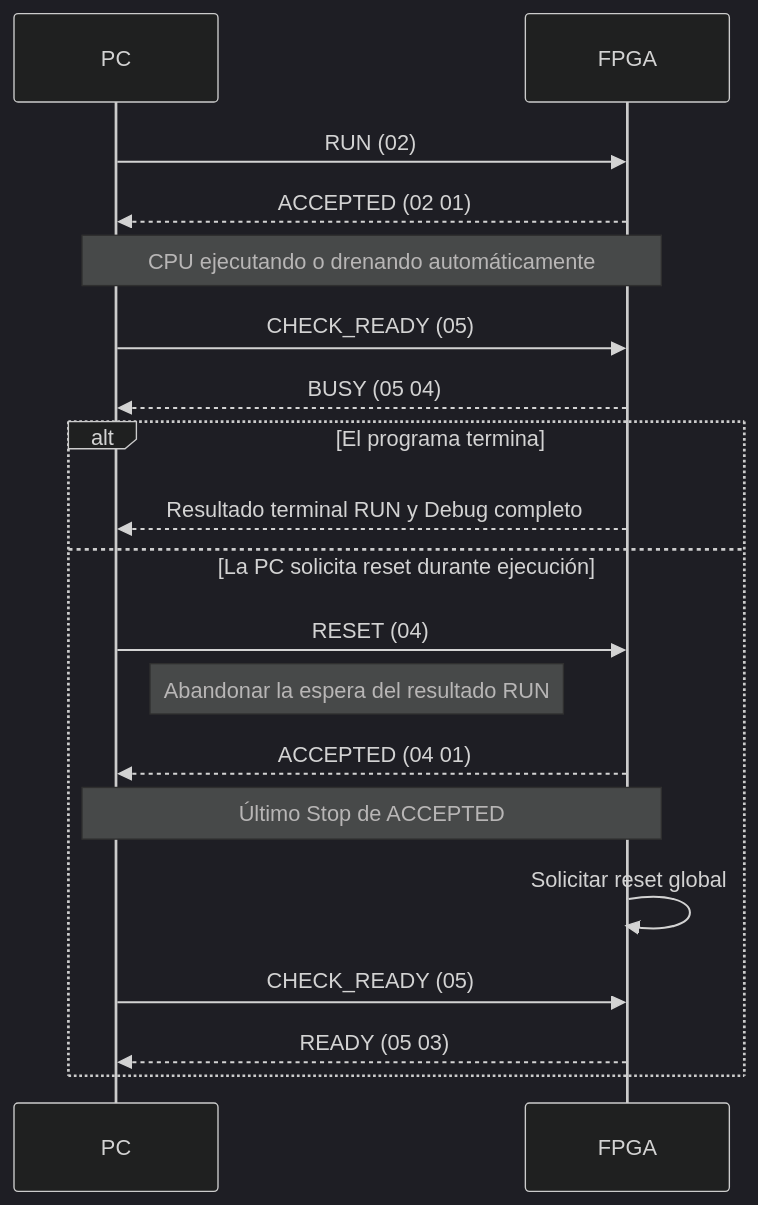
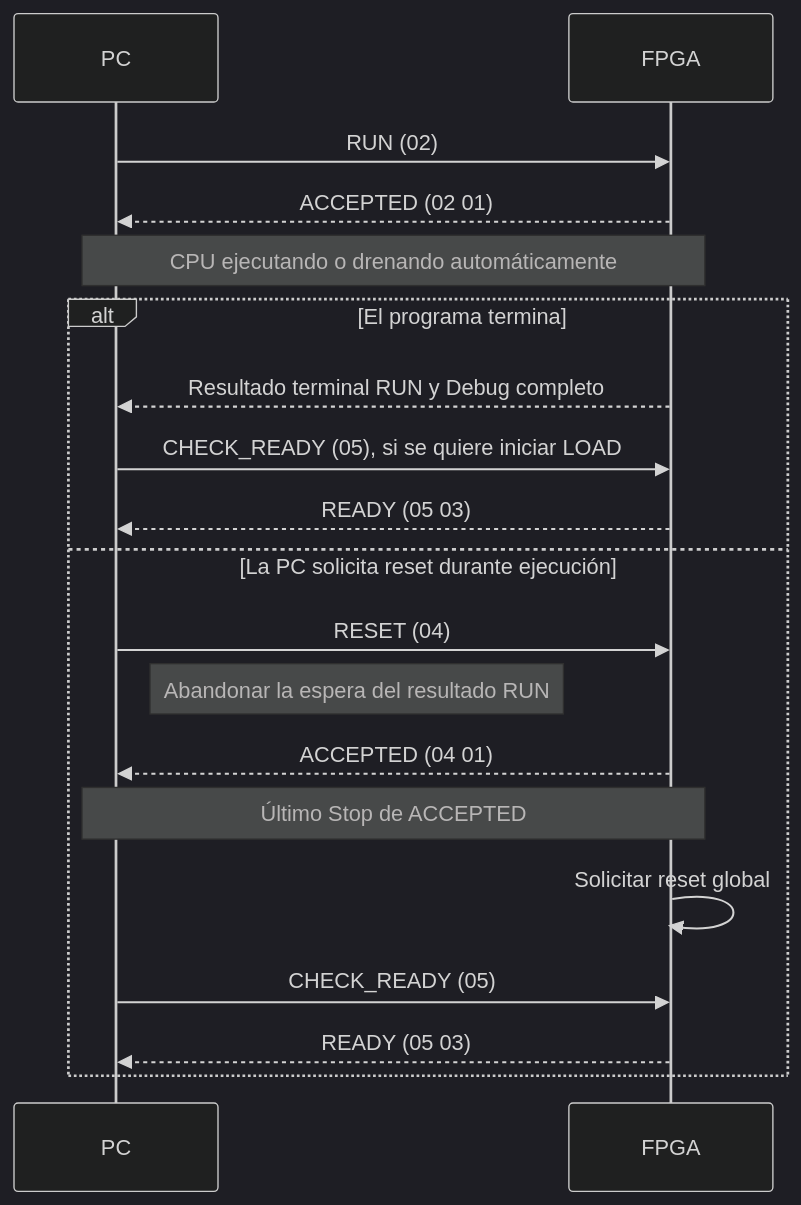
Before and after one commit to FrancoPerotti/computer-architecture-tps: diagram 13 of 20 in tp3/docs/protocol.md, drawn with Mermaid (dark theme). The commit also changed other lines of this file and 49 other files, not shown here.

````diff
--- a/tp3/docs/protocol.md
+++ b/tp3/docs/protocol.md
@@ -765,21 +764,21 @@
 ```mermaid
 sequenceDiagram
     participant PC as PC
     participant FPGA as FPGA
     PC->>FPGA: RUN (02)
     FPGA-->>PC: ACCEPTED (02 01)
     Note over PC,FPGA: CPU ejecutando o drenando automáticamente
-    PC->>FPGA: CHECK_READY (05)
-    FPGA-->>PC: BUSY (05 04)
     alt El programa termina
         FPGA-->>PC: Resultado terminal RUN y Debug completo
+        PC->>FPGA: CHECK_READY (05), si se quiere iniciar LOAD
+        FPGA-->>PC: READY (05 03)
     else La PC solicita reset durante ejecución
         PC->>FPGA: RESET (04)
         Note right of PC: Abandonar la espera del resultado RUN
         FPGA-->>PC: ACCEPTED (04 01)
         Note over PC,FPGA: Último Stop de ACCEPTED
         FPGA->>FPGA: Solicitar reset global
         PC->>FPGA: CHECK_READY (05)
         FPGA-->>PC: READY (05 03)
     end
 ```
````
